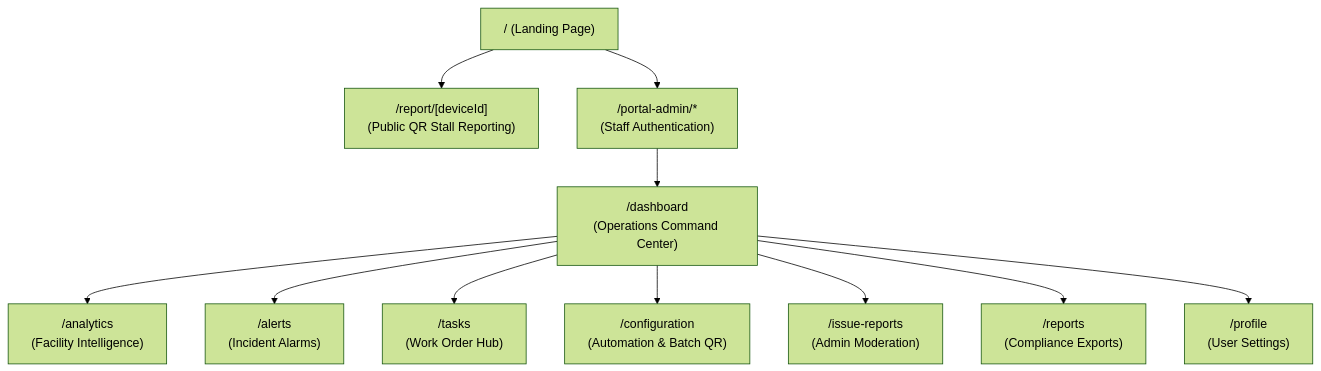
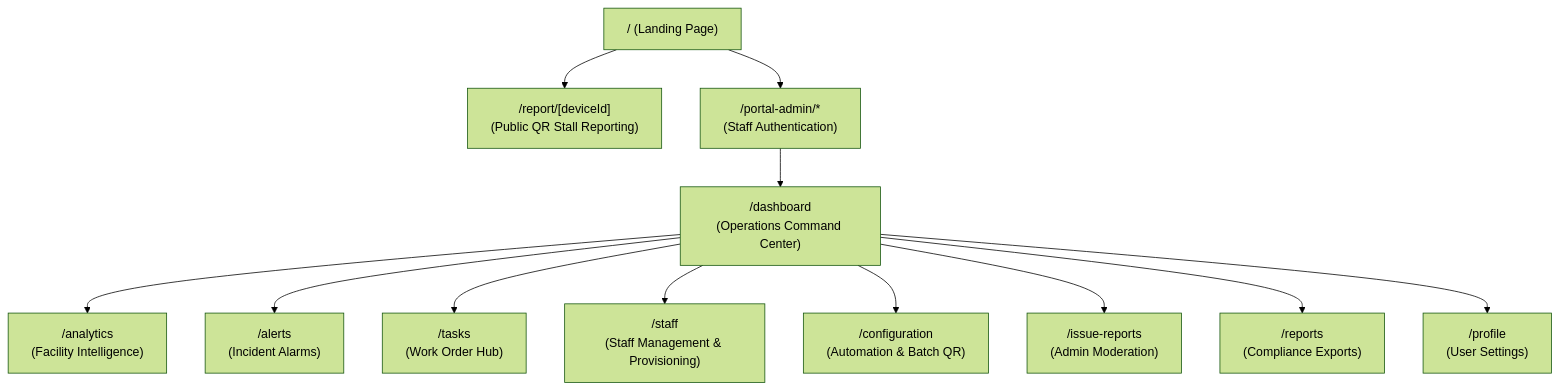
The fourth of 4 diagrams in README.md (JamesCarl04/Smart-Flush-Web-App), drawn with Mermaid (forest theme) before and after one commit. The commit also changed other lines of this file and 1 other file, not shown here.

Commit message:
docs: update README with v1.61.0, staff management portal, and security audit

````diff
--- a/README.md
+++ b/README.md
@@ -281,13 +284,14 @@
 ```mermaid
 flowchart TD
     Root["/ (Landing Page)"] --> PublicReport["/report/[deviceId]\n(Public QR Stall Reporting)"]
     Root --> Portal["/portal-admin/*\n(Staff Authentication)"]
     Portal --> Dashboard["/dashboard\n(Operations Command Center)"]
     Dashboard --> Analytics["/analytics\n(Facility Intelligence)"]
     Dashboard --> Alerts["/alerts\n(Incident Alarms)"]
     Dashboard --> Tasks["/tasks\n(Work Order Hub)"]
+    Dashboard --> Staff["/staff\n(Staff Management & Provisioning)"]
     Dashboard --> Config["/configuration\n(Automation & Batch QR)"]
     Dashboard --> IssueReports["/issue-reports\n(Admin Moderation)"]
     Dashboard --> Reports["/reports\n(Compliance Exports)"]
     Dashboard --> Profile["/profile\n(User Settings)"]
 ```
````
